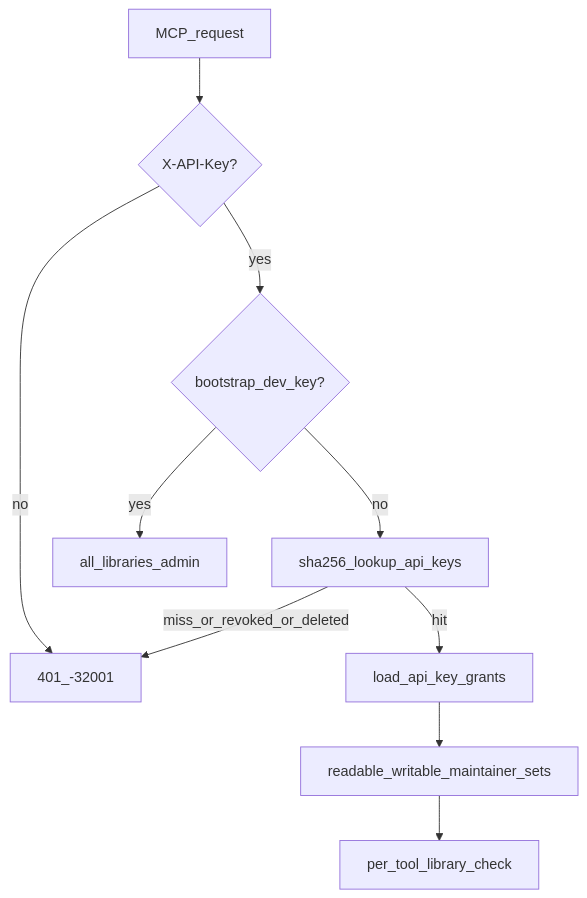
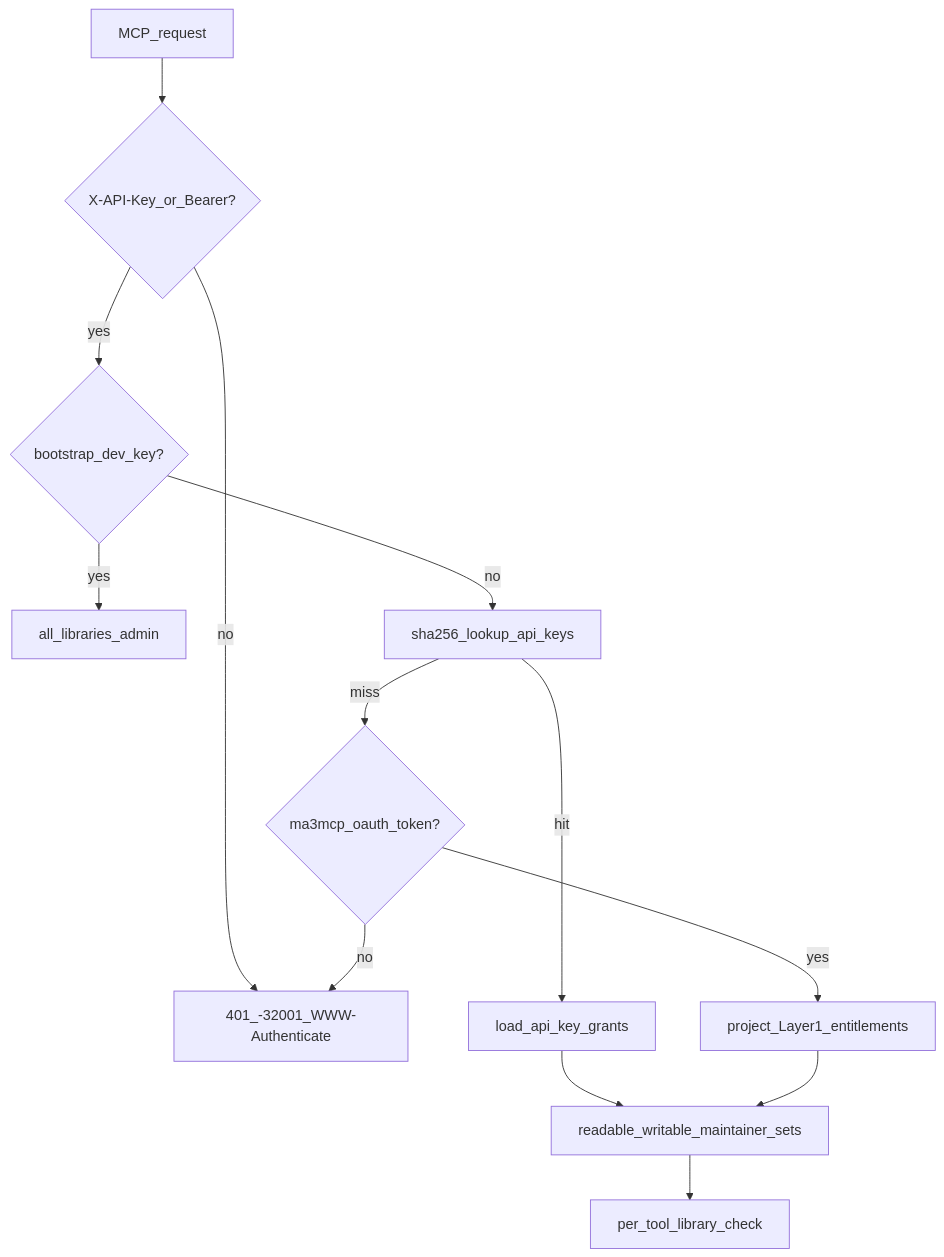
The diagram in docs/03-backend/authorization-and-libraries.md (hjk41/ma3), drawn with Mermaid before and after one commit. The commit also changed other lines of this file and 73 other files, not shown here.

First line of the commit message:
feat(mcp): land OAuth+API-key dual auth and agent-first ma3.io connect

````diff
--- a/docs/03-backend/authorization-and-libraries.md
+++ b/docs/03-backend/authorization-and-libraries.md
@@ -182,12 +183,15 @@
 ```mermaid
 flowchart TD
-  Req[MCP_request] --> HasKey{X-API-Key?}
-  HasKey -->|no| Deny401[401_-32001]
-  HasKey -->|yes| DevKey{bootstrap_dev_key?}
+  Req[MCP_request] --> HasCred{X-API-Key_or_Bearer?}
+  HasCred -->|no| Deny401[401_-32001_WWW-Authenticate]
+  HasCred -->|yes| DevKey{bootstrap_dev_key?}
   DevKey -->|yes| AdminBypass[all_libraries_admin]
   DevKey -->|no| HashLookup[sha256_lookup_api_keys]
-  HashLookup -->|miss_or_revoked_or_deleted| Deny401
   HashLookup -->|hit| LoadGrants[load_api_key_grants]
+  HashLookup -->|miss| McpTok{ma3mcp_oauth_token?}
+  McpTok -->|yes| EntProj[project_Layer1_entitlements]
+  McpTok -->|no| Deny401
   LoadGrants --> CapSets[readable_writable_maintainer_sets]
+  EntProj --> CapSets
   CapSets --> ToolGate[per_tool_library_check]
 ```
````
